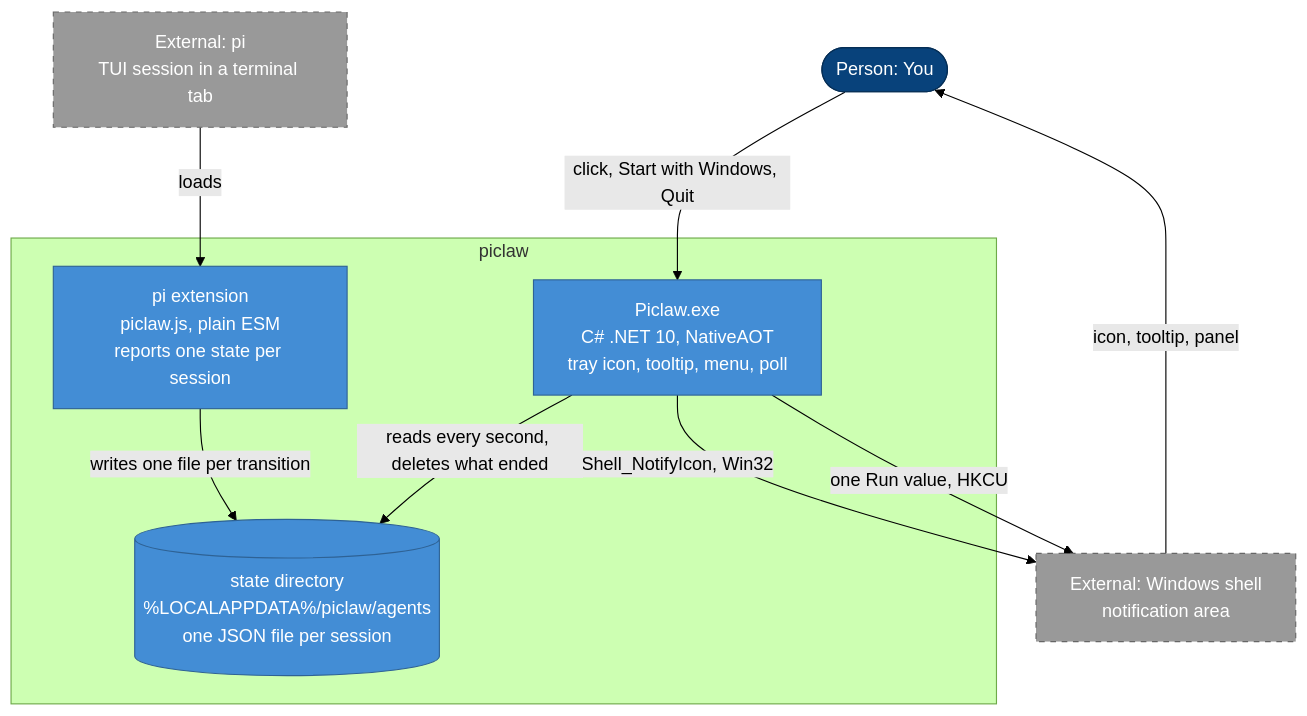
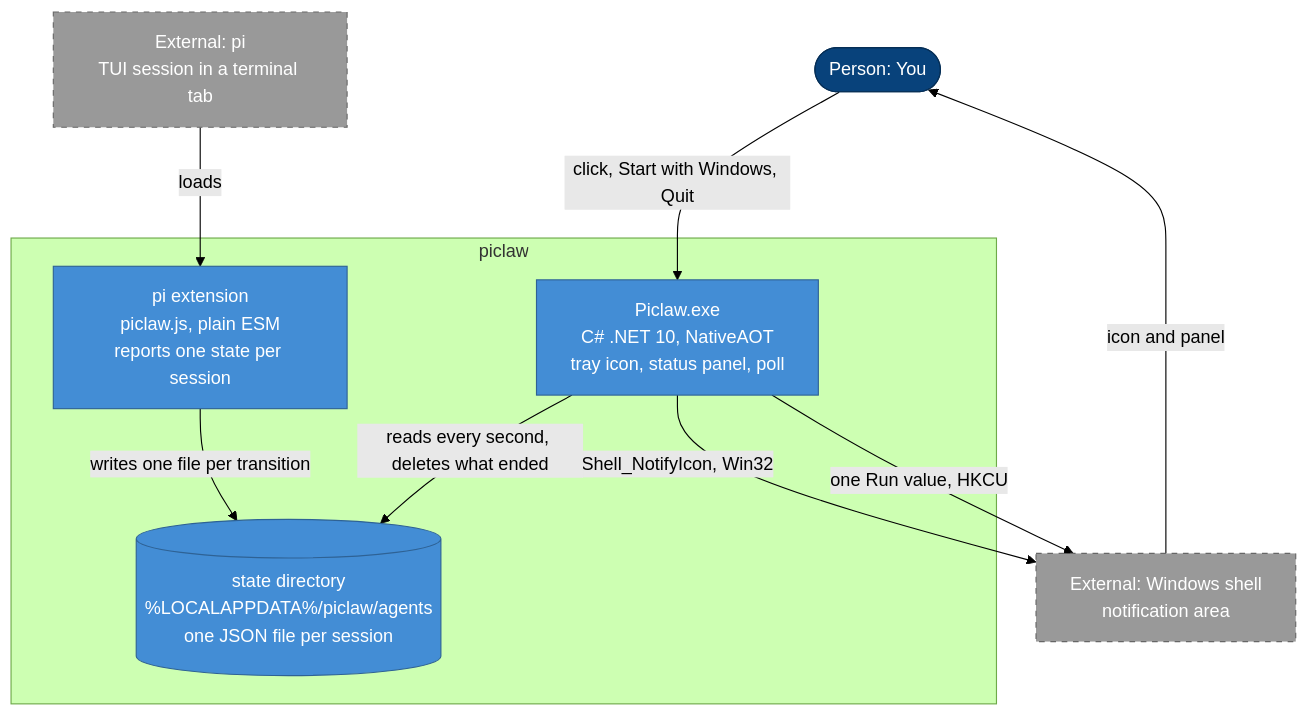
One commit to ypyl/picadence changed the second of 2 diagrams in ARCHITECTURE.md. Above: the diagram before and after it, drawn with Mermaid (forest theme). The commit also changed 5 other files, not shown here.

First line of the commit message:
feat: the tray icon shows no tooltip

````diff
--- a/ARCHITECTURE.md
+++ b/ARCHITECTURE.md
@@ -32,33 +32,33 @@
 ```mermaid
 flowchart TB
   user(["Person: You"])
 
   subgraph piclaw["piclaw"]
-    app["Piclaw.exe<br/>C# .NET 10, NativeAOT<br/>tray icon, tooltip, menu, poll"]
+    app["Piclaw.exe<br/>C# .NET 10, NativeAOT<br/>tray icon, status panel, poll"]
     ext["pi extension<br/>piclaw.js, plain ESM<br/>reports one state per session"]
     store[("state directory<br/>%LOCALAPPDATA%/piclaw/agents<br/>one JSON file per session")]
   end
 
   pi["External: pi<br/>TUI session in a terminal tab"]
   os["External: Windows shell<br/>notification area"]
 
   user -->|"click, Start with Windows, Quit"| app
   app -->|"Shell_NotifyIcon, Win32"| os
   app -->|"one Run value, HKCU"| os
-  os -->|"icon, tooltip, panel"| user
+  os -->|"icon and panel"| user
   pi -->|"loads"| ext
   ext -->|"writes one file per transition"| store
   app -->|"reads every second, deletes what ended"| store
 
   classDef person fill:#08427B,color:#fff,stroke:#052E56
   classDef container fill:#438DD5,color:#fff,stroke:#2E6295
   classDef store fill:#438DD5,color:#fff,stroke:#2E6295
   classDef external fill:#999999,color:#fff,stroke:#666666,stroke-dasharray:5 5
 
   class user person
   class app container
   class ext container
   class store store
   class pi external
   class os external
 ```
````
